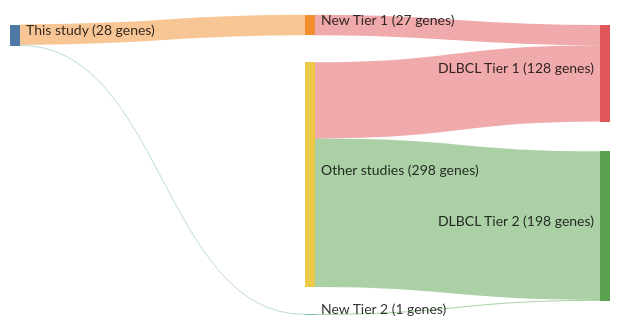
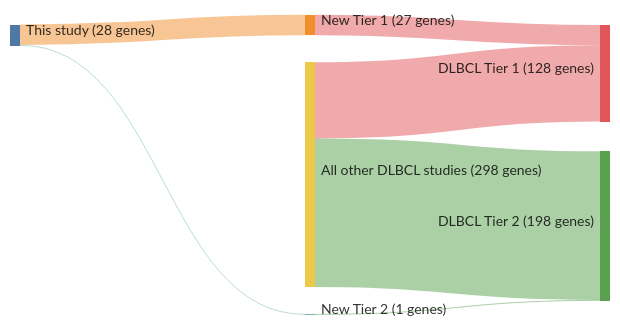
The diagram in papers/morinFrequentMutationHistonemodifying2011.md (morinlab/lymphopedia), drawn with Mermaid before and after one commit. The commit also changed other lines of this file and 82 other files, not shown here.

````diff
--- a/papers/morinFrequentMutationHistonemodifying2011.md
+++ b/papers/morinFrequentMutationHistonemodifying2011.md
@@ -13,20 +13,20 @@
 ```mermaid
 ---
 config:
     sankey:
         showValues: true
         linkColor: target
         width: 600
         height: 300
         nodeAlignment: right
         prefix: '('
         suffix: ' genes)'
 ---
 sankey-beta
 This study, New Tier 1, 27
 New Tier 1, DLBCL Tier 1, 27
 This study, New Tier 2, 1
 New Tier 2, DLBCL Tier 2, 1
-Other studies, DLBCL Tier 1, 101
-Other studies, DLBCL Tier 2, 197
+All other DLBCL studies, DLBCL Tier 1, 101
+All other DLBCL studies, DLBCL Tier 2, 197
 ```
````
